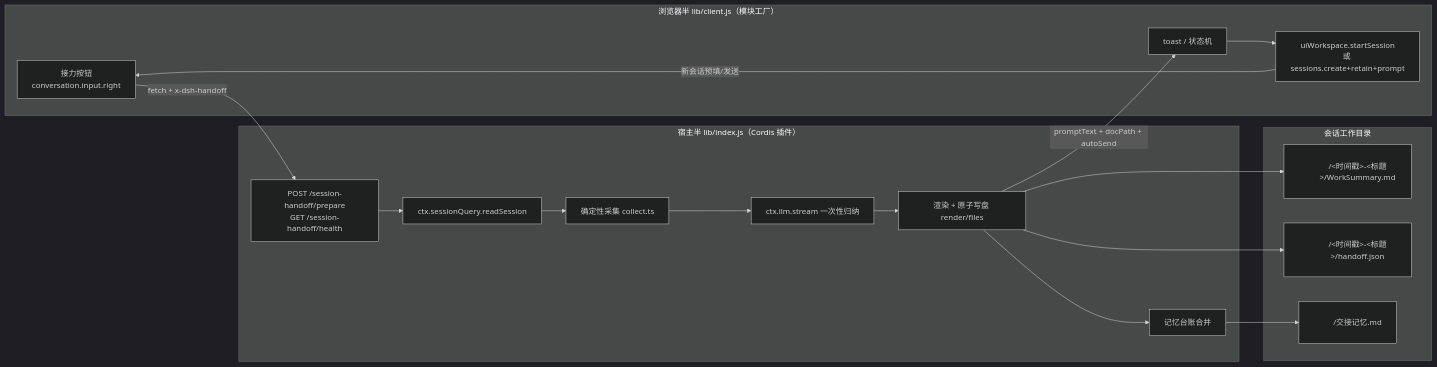
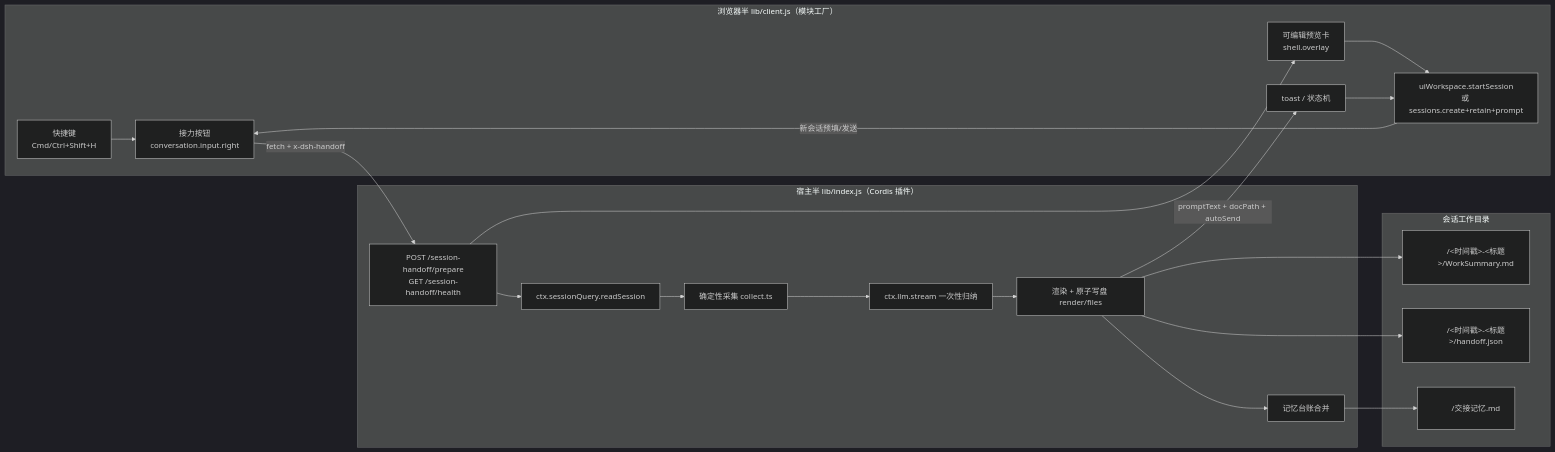
One commit to yangsong608/dsh-session-handoff changed the first of 2 diagrams in docs/03-技术设计.md. Above: the diagram before and after it, drawn with Mermaid (dark theme). The commit also changed other lines of this file and 14 other files, not shown here.

````diff
--- a/docs/03-技术设计.md
+++ b/docs/03-技术设计.md
@@ -31,32 +31,37 @@
 ```mermaid
 flowchart LR
   subgraph Browser["浏览器半 lib/client.js（模块工厂）"]
     B["接力按钮<br/>conversation.input.right"]
+    K["快捷键<br/>Cmd/Ctrl+Shift+H"]
+    P["可编辑预览卡<br/>shell.overlay"]
     T["toast / 状态机"]
     N["uiWorkspace.startSession<br/>或 sessions.create+retain+prompt"]
   end
 
   subgraph Host["宿主半 lib/index.js（Cordis 插件）"]
     R["POST /session-handoff/prepare<br/>GET /session-handoff/health"]
     Q["ctx.sessionQuery.readSession"]
     C["确定性采集 collect.ts"]
     S["ctx.llm.stream 一次性归纳"]
     F["渲染 + 原子写盘 render/files"]
     M["记忆台账合并"]
   end
 
   B -->|fetch + x-dsh-handoff| R
+  K --> B
+  R --> P
+  P --> N
   R --> Q --> C --> S --> F --> M
   F -->|promptText + docPath + autoSend| T
   T --> N
   N -->|新会话预填/发送| B
 
   subgraph Workspace["会话工作目录"]
     D1["<dir>/<时间戳>-<标题>/WorkSummary.md"]
     D2["<dir>/<时间戳>-<标题>/handoff.json"]
     D3["<dir>/交接记忆.md"]
   end
   F --> D1
   F --> D2
   M --> D3
 ```
````
